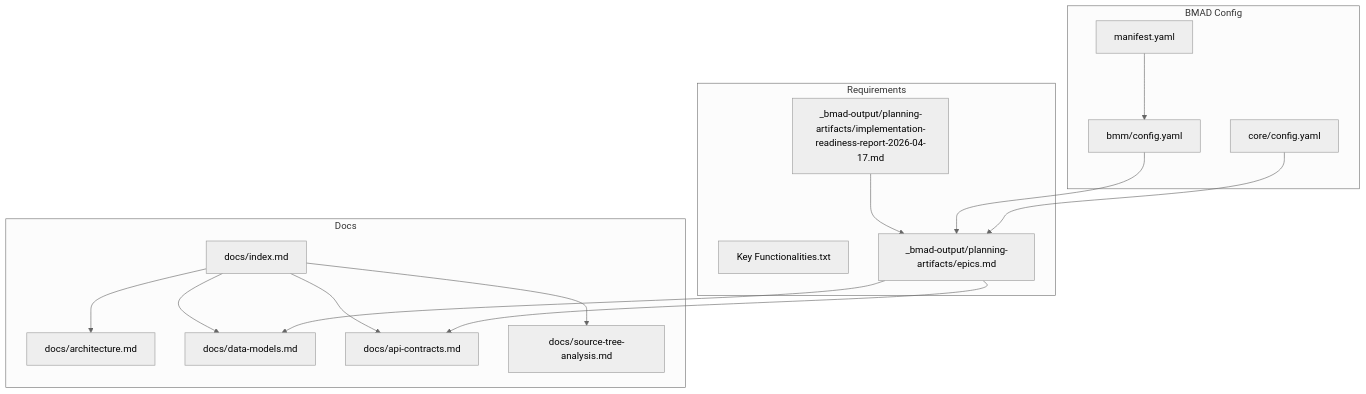
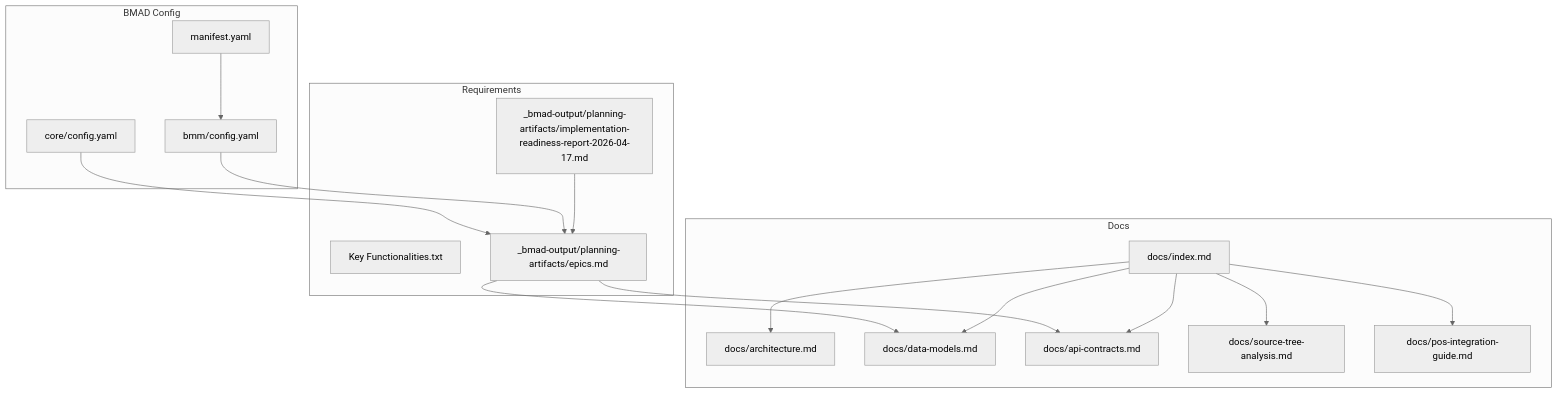
One commit to lamhongbac/NonCash changed the first of 14 diagrams in .qoder/repowiki/en/content/Business Logic and Workflows/Business Logic and Workflows.md. Above: the diagram before and after it, drawn with Mermaid (neutral theme). The commit also changed other lines of this file and 13 other files, not shown here.

````diff
--- a/.qoder/repowiki/en/content/Business Logic and Workflows/Business Logic and Workflows.md
+++ b/.qoder/repowiki/en/content/Business Logic and Workflows/Business Logic and Workflows.md
@@ -42,30 +69,32 @@
 ```mermaid
 graph TB
 subgraph "Docs"
 IDX["docs/index.md"]
 ARCH["docs/architecture.md"]
 DM["docs/data-models.md"]
 API["docs/api-contracts.md"]
 STA["docs/source-tree-analysis.md"]
+POS["docs/pos-integration-guide.md"]
 end
 subgraph "Requirements"
 KEY["Key Functionalities.txt"]
 EPICS["_bmad-output/planning-artifacts/epics.md"]
 IR["_bmad-output/planning-artifacts/implementation-readiness-report-2026-04-17.md"]
 end
 subgraph "BMAD Config"
 BMM["bmm/config.yaml"]
 CORE["core/config.yaml"]
 MAN["manifest.yaml"]
 end
 IDX --> ARCH
 IDX --> DM
 IDX --> API
 IDX --> STA
+IDX --> POS
 EPICS --> API
 EPICS --> DM
 IR --> EPICS
 BMM --> EPICS
 CORE --> EPICS
 MAN --> BMM
 ```
````
